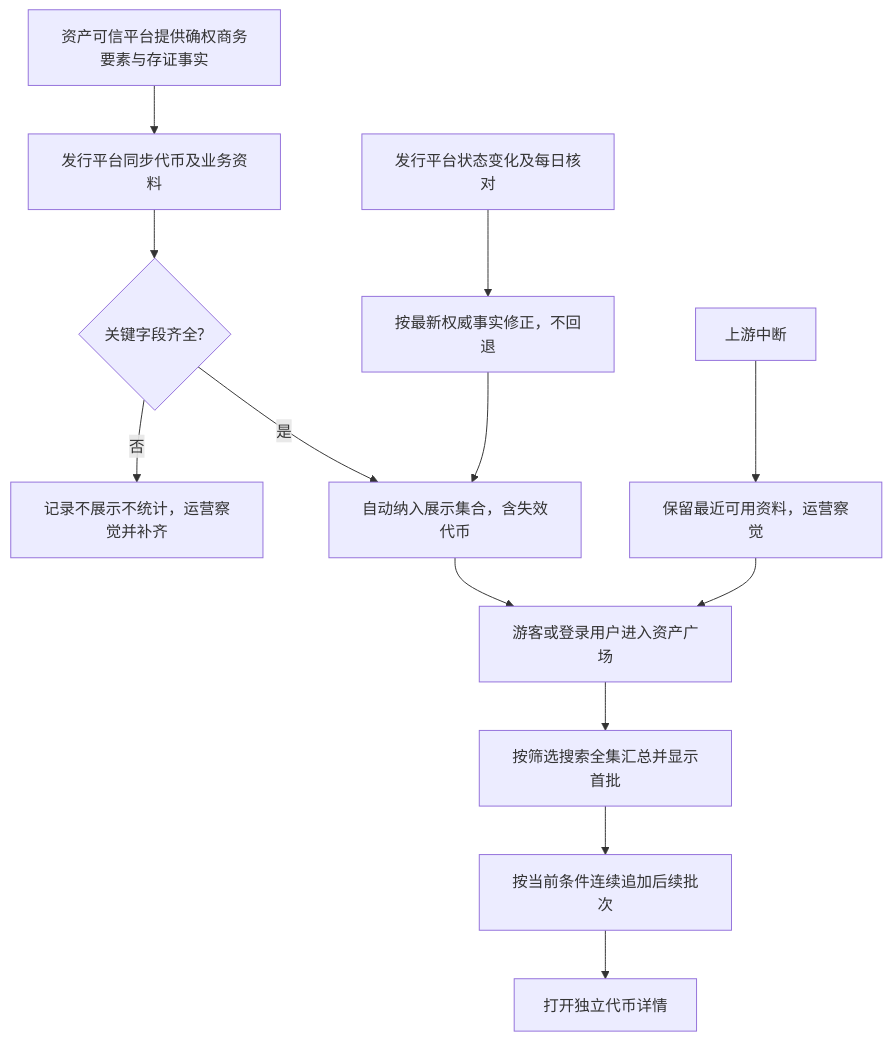
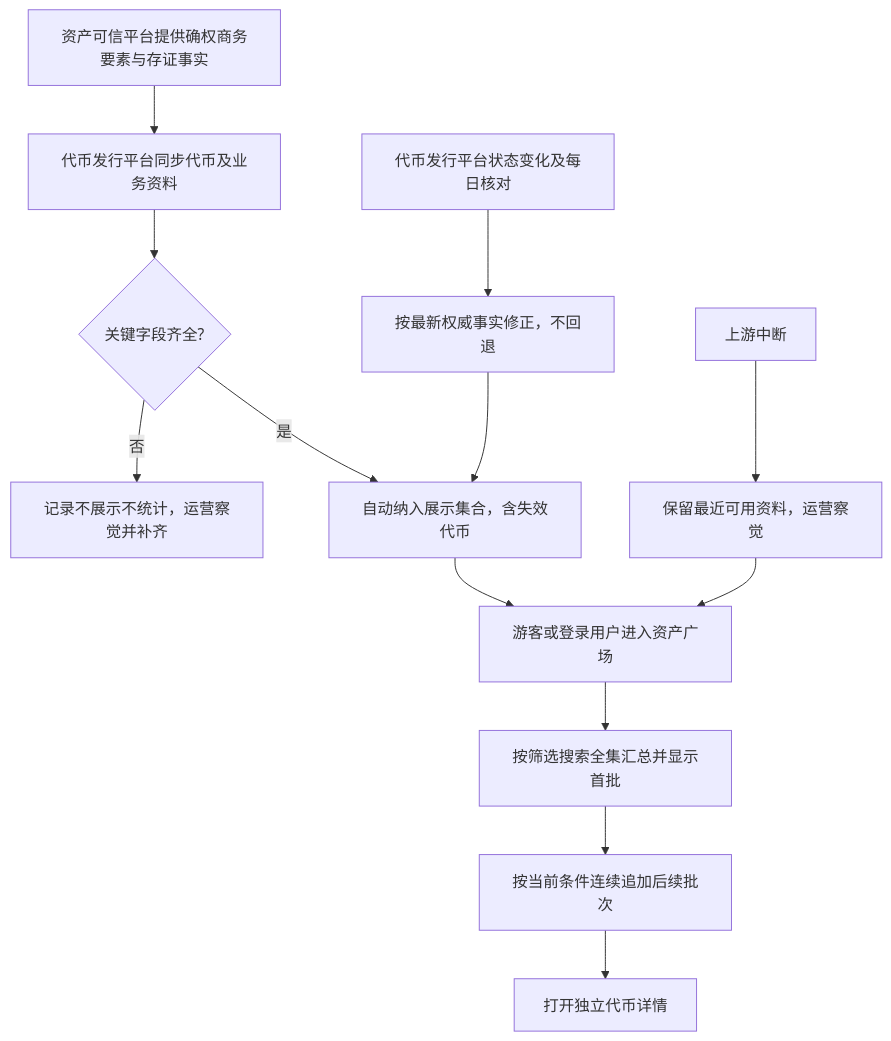
Before and after one commit to wxblockchain/Chain-Financing: the first of 6 diagrams in lending-platform/PRD/面客端/04-资产广场-已上架代币只读域/02-资产广场-流程图与状态机.md, drawn with Mermaid. The commit also changed other lines of this file and 3 other files, not shown here.

````diff
--- a/lending-platform/PRD/面客端/04-资产广场-已上架代币只读域/02-资产广场-流程图与状态机.md
+++ b/lending-platform/PRD/面客端/04-资产广场-已上架代币只读域/02-资产广场-流程图与状态机.md
@@ -12,15 +12,15 @@
 ```mermaid
 flowchart TD
   S[资产可信平台提供确权商务要素与存证事实] --> A
-  A[发行平台同步代币及业务资料] --> B{关键字段齐全?}
+  A[代币发行平台同步代币及业务资料] --> B{关键字段齐全?}
   B -->|否| C[记录不展示不统计，运营察觉并补齐]
   B -->|是| D[自动纳入展示集合，含失效代币]
   D --> E[游客或登录用户进入资产广场]
   E --> F[按筛选搜索全集汇总并显示首批]
   F --> G[按当前条件连续追加后续批次]
   G --> H[打开独立代币详情]
-  I[发行平台状态变化及每日核对] --> J[按最新权威事实修正，不回退]
+  I[代币发行平台状态变化及每日核对] --> J[按最新权威事实修正，不回退]
   J --> D
   K[上游中断] --> L[保留最近可用资料，运营察觉]
   L --> E
 ```
````
